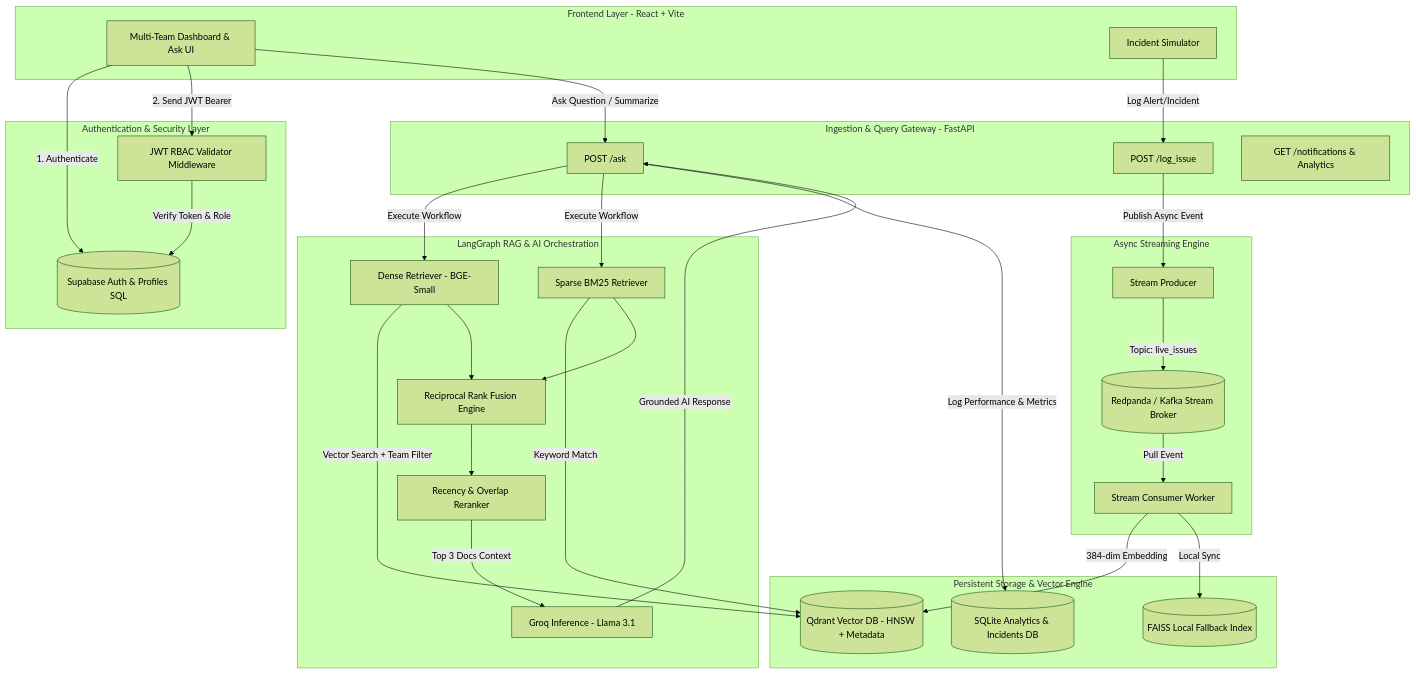
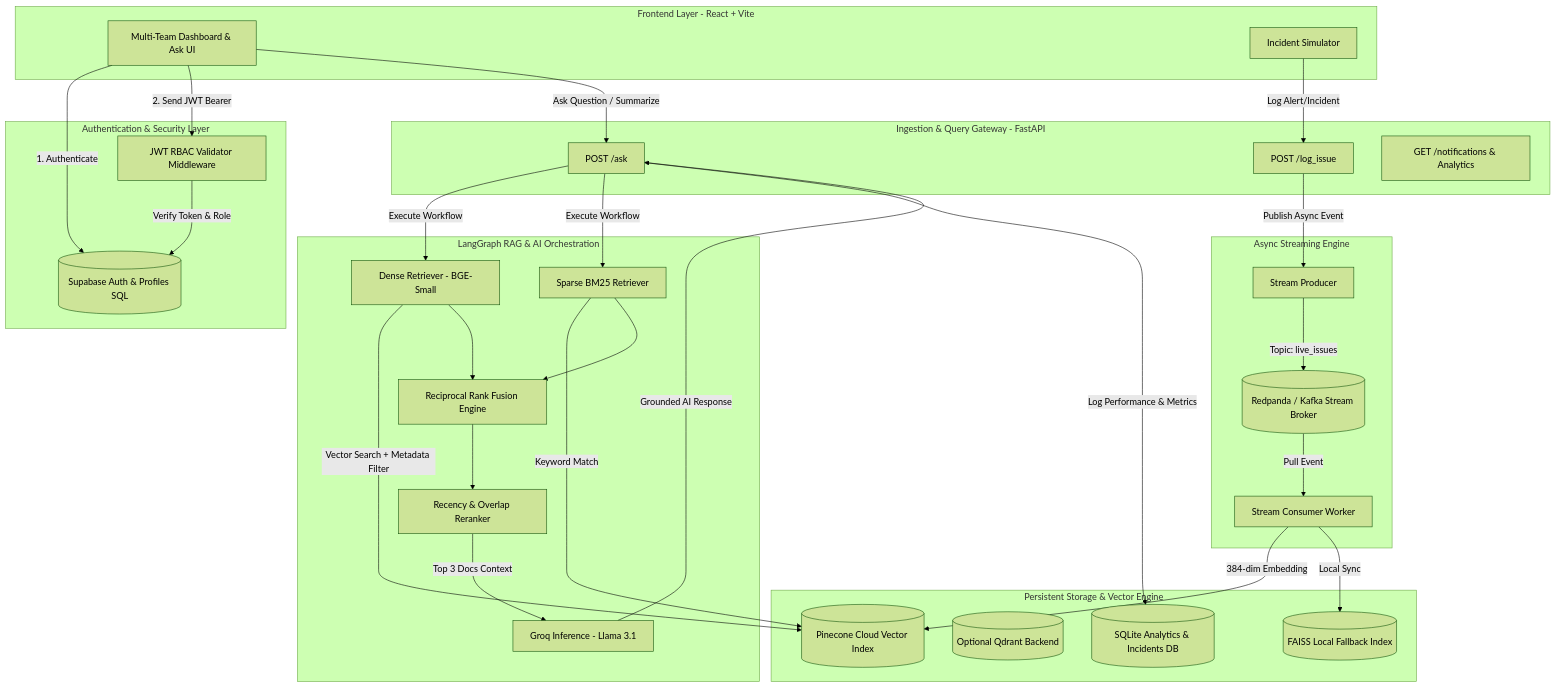
One commit to krishshah122/RealTimerag changed the first of 4 diagrams in docs/01_SYSTEM_ARCHITECTURE_AND_FLOWS.md. Above: the diagram before and after it, drawn with Mermaid (forest theme). The commit also changed other lines of this file and 32 other files, not shown here.

````diff
--- a/docs/01_SYSTEM_ARCHITECTURE_AND_FLOWS.md
+++ b/docs/01_SYSTEM_ARCHITECTURE_AND_FLOWS.md
@@ -13,59 +13,60 @@
 ```mermaid
 graph TD
     subgraph Client [Frontend Layer - React + Vite]
         UI[Multi-Team Dashboard & Ask UI]
         SIM[Incident Simulator]
     end
 
     subgraph Auth [Authentication & Security Layer]
         SUPA[(Supabase Auth & Profiles SQL)]
         JWT[JWT RBAC Validator Middleware]
     end
 
     subgraph API [Ingestion & Query Gateway - FastAPI]
         LOG[POST /log_issue]
         ASK[POST /ask]
         NOTIF[GET /notifications & Analytics]
     end
 
     subgraph Stream [Async Streaming Engine]
         RP[(Redpanda / Kafka Stream Broker)]
         PROD[Stream Producer]
         CONS[Stream Consumer Worker]
     end
 
     subgraph Storage [Persistent Storage & Vector Engine]
-        QDRANT[(Qdrant Vector DB - HNSW + Metadata)]
+        PINECONE[(Pinecone Cloud Vector Index)]
+        QDRANT[(Optional Qdrant Backend)]
         FAISS[(FAISS Local Fallback Index)]
         SQLITE[(SQLite Analytics & Incidents DB)]
     end
 
     subgraph RAG [LangGraph RAG & AI Orchestration]
         DENSE[Dense Retriever - BGE-Small]
         SPARSE[Sparse BM25 Retriever]
         RRF[Reciprocal Rank Fusion Engine]
         RERANK[Recency & Overlap Reranker]
         LLM[Groq Inference - Llama 3.1]
     end
 
     UI -->|1. Authenticate| SUPA
     UI -->|2. Send JWT Bearer| JWT
     JWT -->|Verify Token & Role| SUPA
     
     SIM -->|Log Alert/Incident| LOG
     LOG -->|Publish Async Event| PROD
     PROD -->|Topic: live_issues| RP
     RP -->|Pull Event| CONS
-    CONS -->|384-dim Embedding| QDRANT
+    CONS -->|384-dim Embedding| PINECONE
     CONS -->|Local Sync| FAISS
     
     UI -->|Ask Question / Summarize| ASK
     ASK -->|Execute Workflow| DENSE & SPARSE
-    DENSE -->|Vector Search + Team Filter| QDRANT
-    SPARSE -->|Keyword Match| QDRANT
+    DENSE -->|Vector Search + Metadata Filter| PINECONE
+    SPARSE -->|Keyword Match| PINECONE
     DENSE & SPARSE --> RRF
     RRF --> RERANK
     RERANK -->|Top 3 Docs Context| LLM
     LLM -->|Grounded AI Response| ASK
     ASK -->|Log Performance & Metrics| SQLITE
 ```
````
